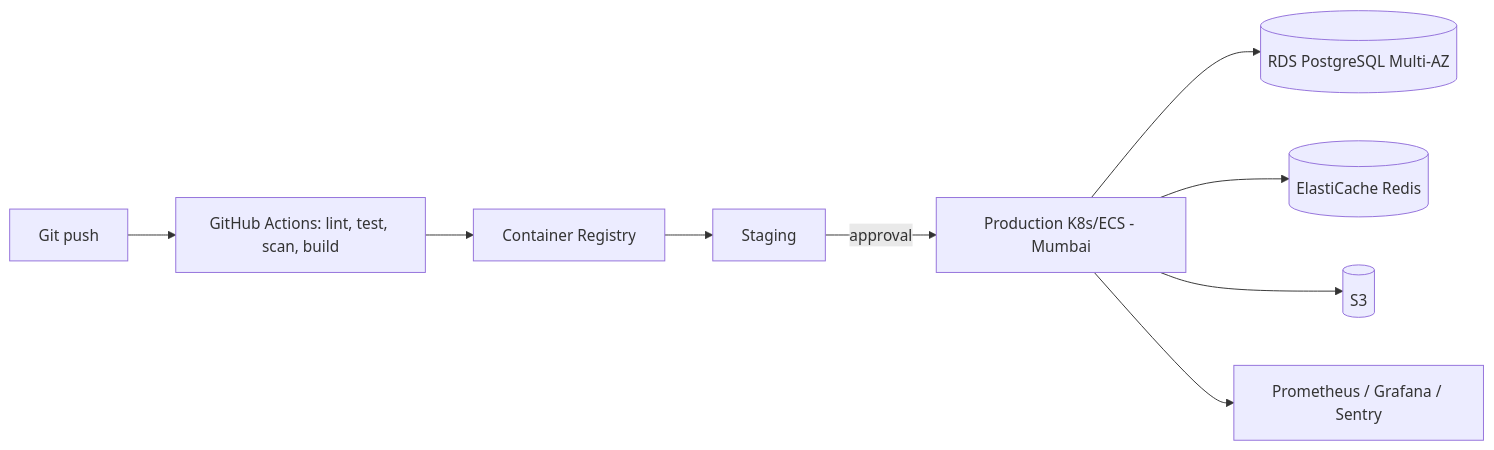
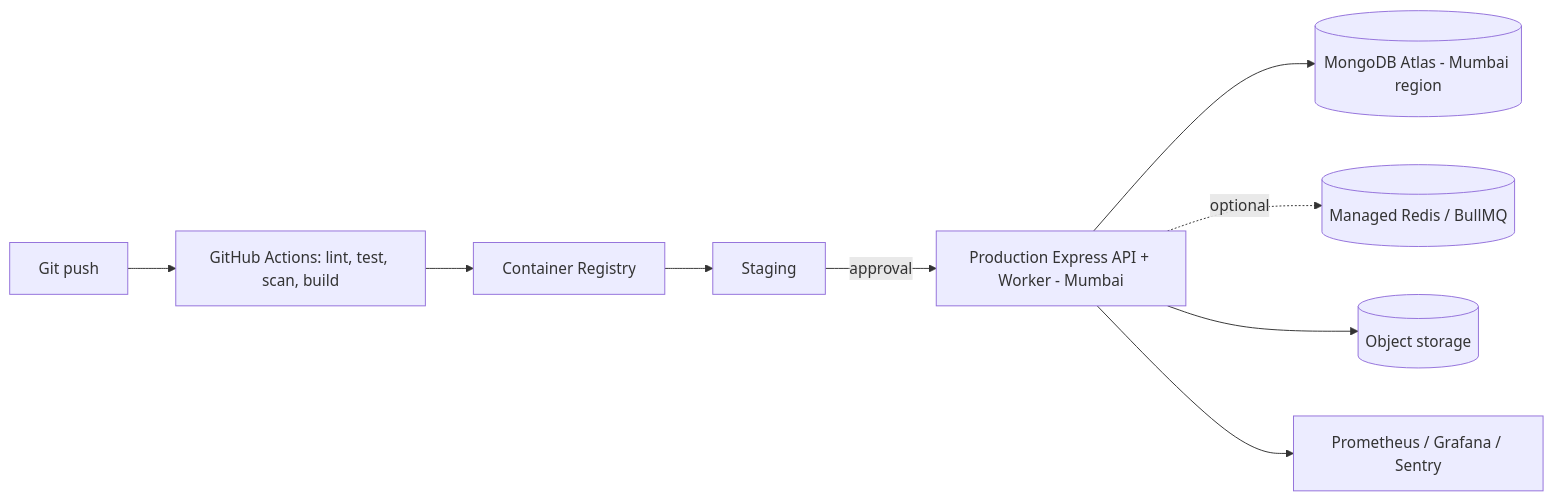
The third of 3 diagrams in artifacts/03_Backend_Architecture.md (Roni1256/Personal-Fin), drawn with Mermaid before and after one commit. The commit also changed other lines of this file and 25 other files, not shown here.

````diff
--- a/artifacts/03_Backend_Architecture.md
+++ b/artifacts/03_Backend_Architecture.md
@@ -160,11 +165,11 @@
 ```mermaid
 flowchart LR
     DEV[Git push] --> CI[GitHub Actions: lint, test, scan, build]
     CI --> REG[Container Registry]
     REG --> STG[Staging]
-    STG -->|approval| PRD[Production K8s/ECS - Mumbai]
-    PRD --> PG[(RDS PostgreSQL Multi-AZ)]
-    PRD --> RD[(ElastiCache Redis)]
-    PRD --> S3[(S3)]
+    STG -->|approval| PRD[Production Express API + Worker - Mumbai]
+    PRD --> MDB[(MongoDB Atlas - Mumbai region)]
+    PRD -. optional .-> RD[(Managed Redis / BullMQ)]
+    PRD --> S3[(Object storage)]
     PRD --> OBS[Prometheus / Grafana / Sentry]
 ```
````
